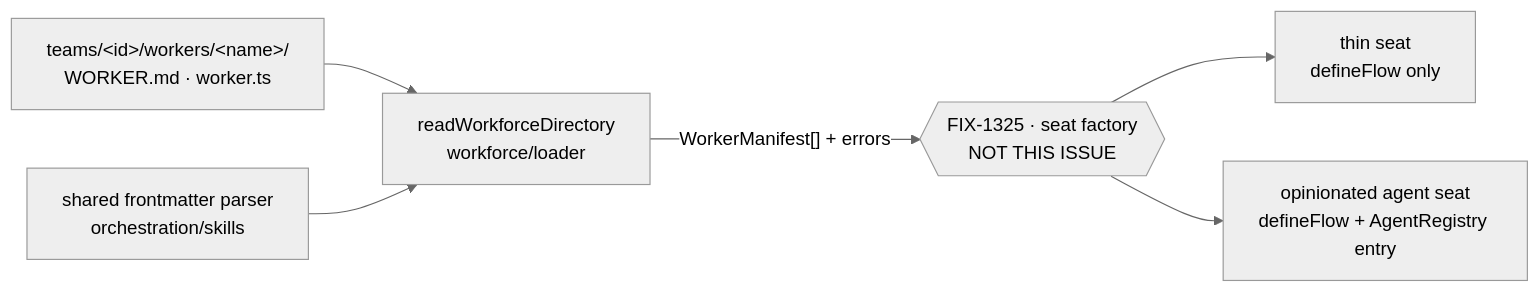
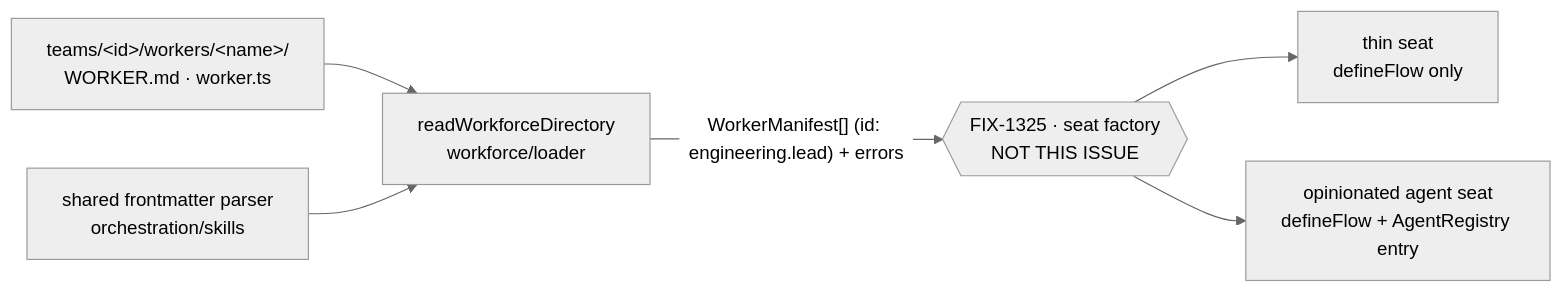
Before and after one commit to fixpoint-labs/flow-state-dev: the diagram in spec/FIX-1335.md, drawn with Mermaid (neutral theme). The commit also changed other lines of this file, not shown here.

````diff
--- a/spec/FIX-1335.md
+++ b/spec/FIX-1335.md
@@ -236,8 +279,8 @@
 ```mermaid
 flowchart LR
   T["teams/&lt;id&gt;/workers/&lt;name&gt;/<br/>WORKER.md · worker.ts"] --> W["readWorkforceDirectory<br/>workforce/loader"]
   F["shared frontmatter parser<br/>orchestration/skills"] --> W
-  W -->|"WorkerManifest[] + errors"| B{{"FIX-1325 · seat factory<br/>NOT THIS ISSUE"}}
+  W -->|"WorkerManifest[] (id: engineering.lead) + errors"| B{{"FIX-1325 · seat factory<br/>NOT THIS ISSUE"}}
   B --> Thin["thin seat<br/>defineFlow only"]
   B --> Ag["opinionated agent seat<br/>defineFlow + AgentRegistry entry"]
 ```
````
